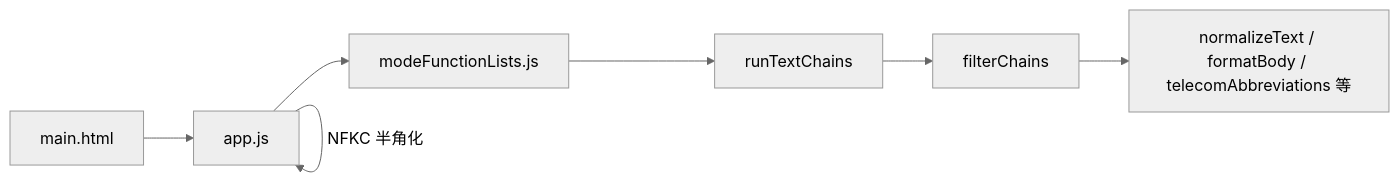
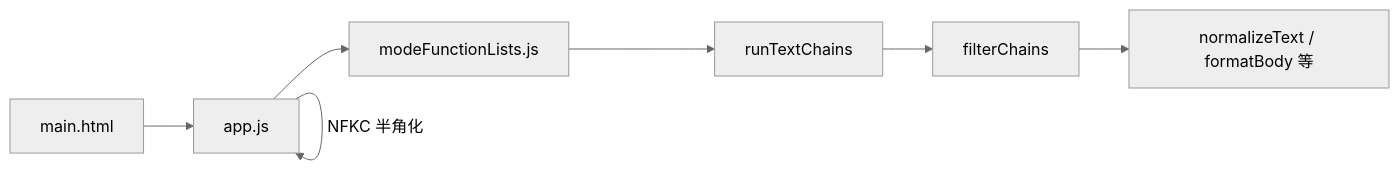
The diagram in filterRegistry/filterRegistry.md (tmusimesabaoi4i/Patent_Decision_Document_Converter_v2), drawn with Mermaid (neutral theme) before and after one commit. The commit also changed other lines of this file and 27 other files, not shown here.

````diff
--- a/filterRegistry/filterRegistry.md
+++ b/filterRegistry/filterRegistry.md
@@ -13,16 +13,16 @@
 ```mermaid
 flowchart LR
   UI["main.html"]
   App["app.js"]
   Modes["modeFunctionLists.js"]
   Chains["runTextChains"]
   Registry["filterChains"]
-  Filters["normalizeText / formatBody / telecomAbbreviations 等"]
+  Filters["normalizeText / formatBody 等"]
 
   UI --> App
   App -->|"NFKC 半角化"| App
   App --> Modes
   Modes --> Chains
   Chains --> Registry
   Registry --> Filters
 ```
````
